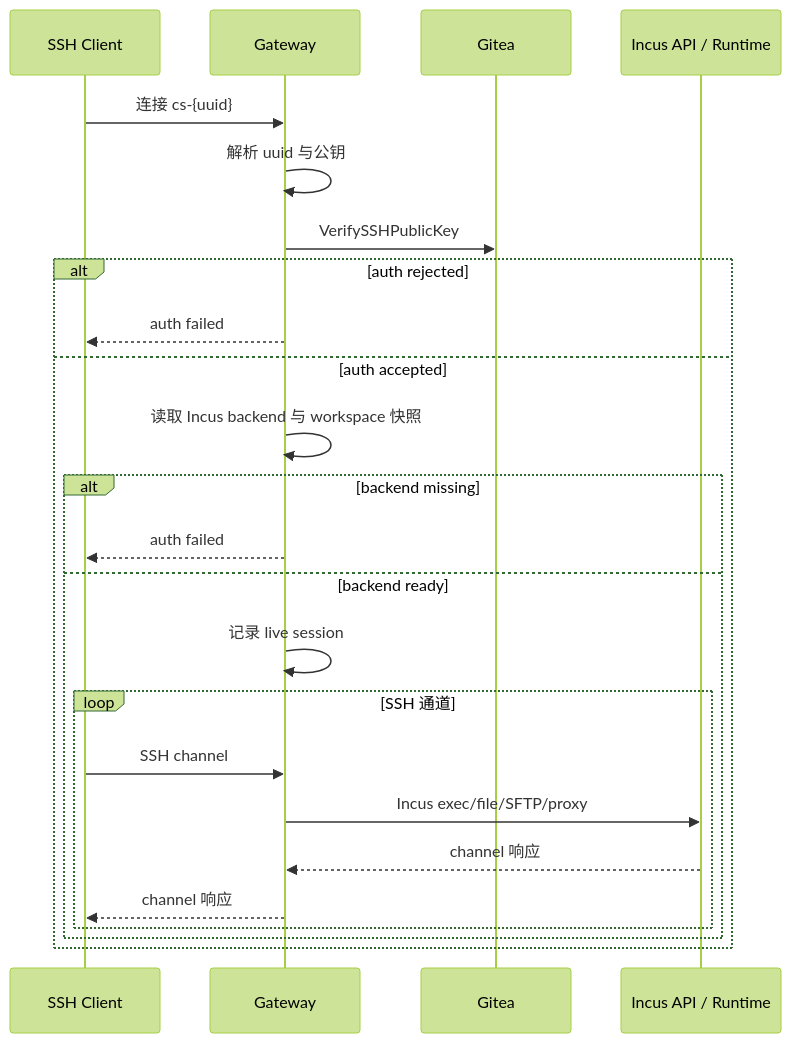
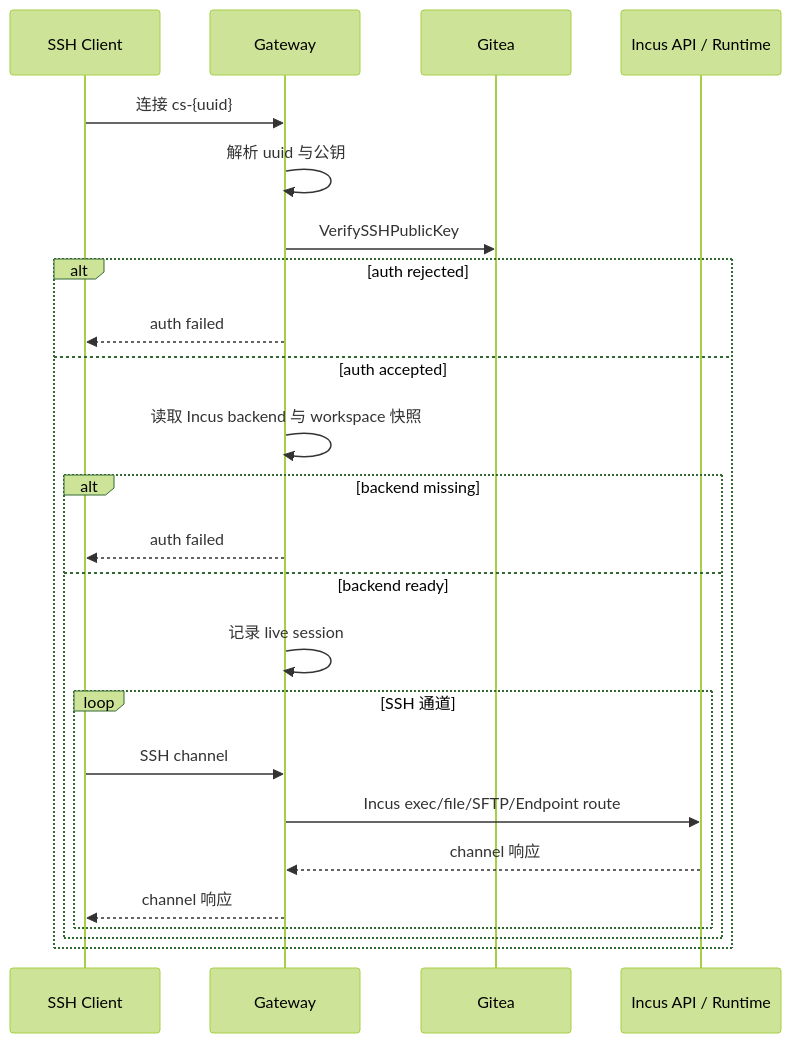
The fourth of 4 diagrams in src/manager-gateway.md (ExplodingDragon/gitea-dev), drawn with Mermaid (forest theme) before and after one commit. The commit also changed other lines of this file and 11 other files, not shown here.

````diff
--- a/src/manager-gateway.md
+++ b/src/manager-gateway.md
@@ -1255,27 +1244,27 @@
 ```mermaid
 sequenceDiagram
     participant C as SSH Client
     participant W as Gateway
     participant G as Gitea
     participant I as Incus API / Runtime
 
     C->>W: 连接 cs-{uuid}
     W->>W: 解析 uuid 与公钥
     W->>G: VerifySSHPublicKey
     alt auth rejected
         W-->>C: auth failed
     else auth accepted
         W->>W: 读取 Incus backend 与 workspace 快照
         alt backend missing
             W-->>C: auth failed
         else backend ready
             W->>W: 记录 live session
             loop SSH 通道
                 C->>W: SSH channel
-                W->>I: Incus exec/file/SFTP/proxy
+                W->>I: Incus exec/file/SFTP/Endpoint route
                 I-->>W: channel 响应
                 W-->>C: channel 响应
             end
         end
     end
 ```
````
